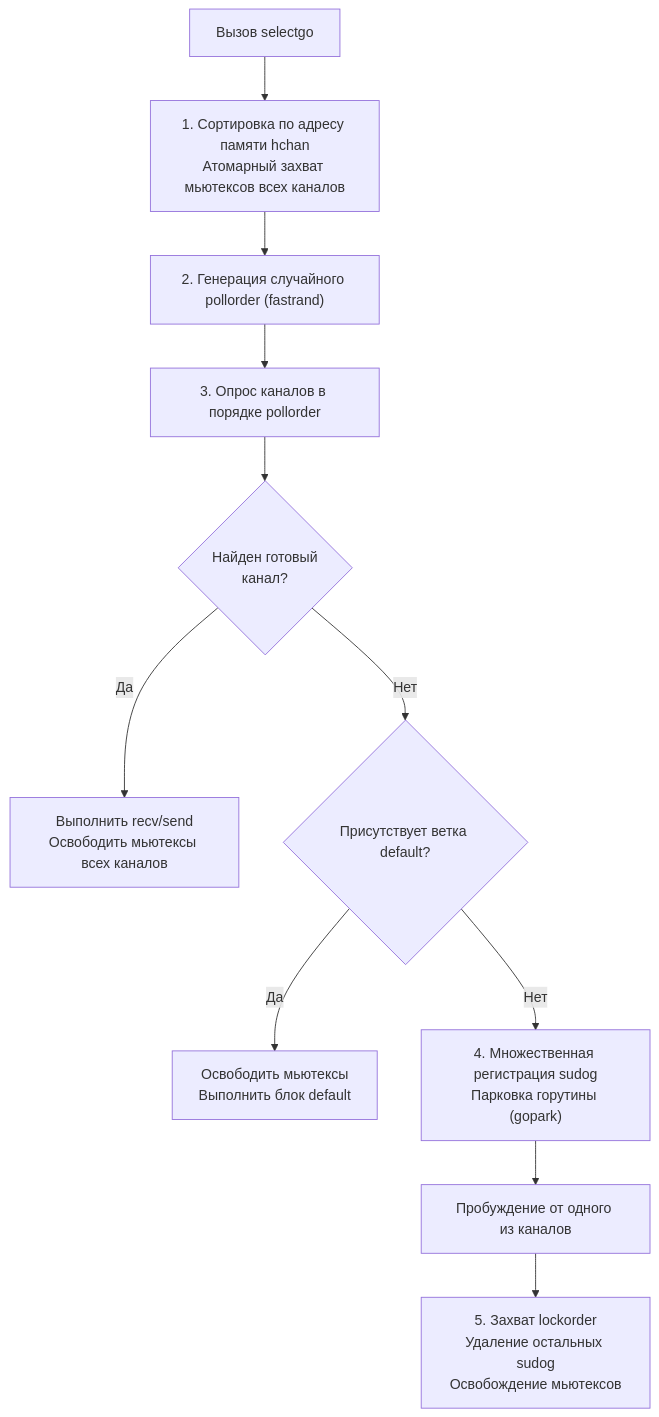
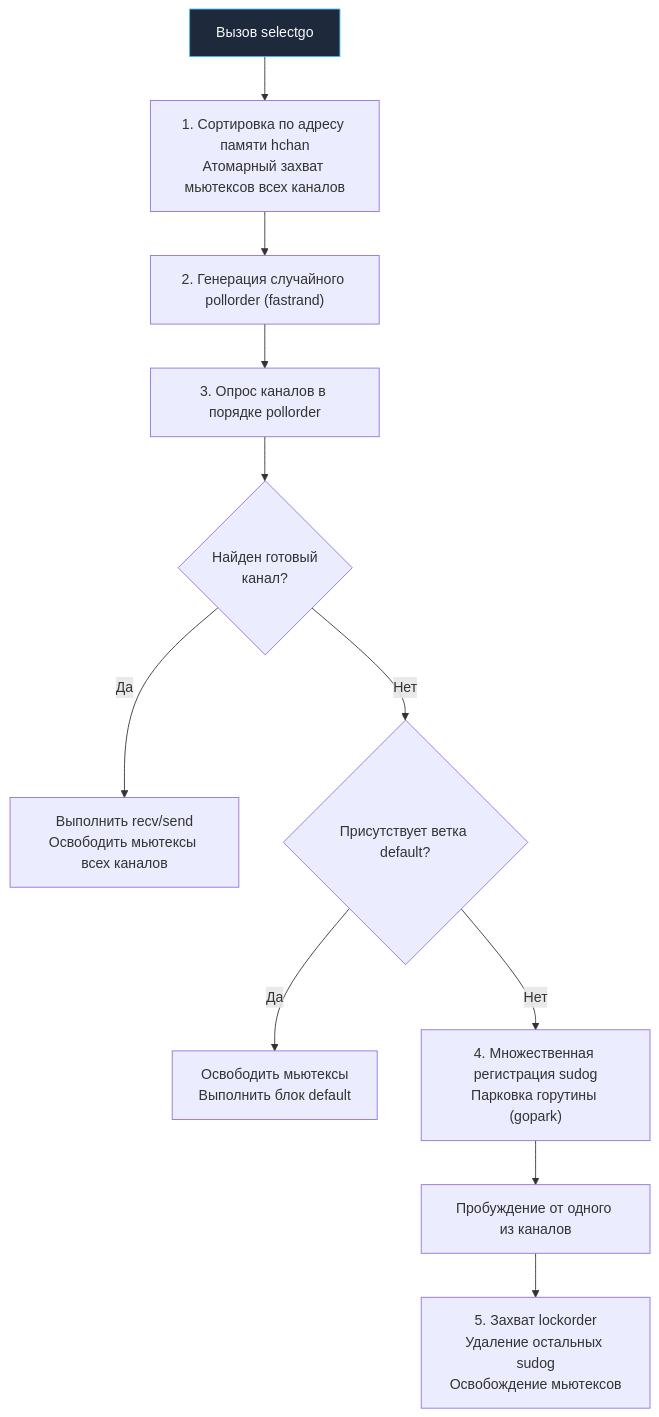
Before and after one commit to UnrealTemplier/go-textbook: the diagram in sources/7. Глубокий Go (Внутреннее устройство)/14. Select под капотом.md, drawn with Mermaid. The commit also changed 1666 other files, not shown here.

First line of the commit message:
feat(mermaid): add semantic color classDef to 1369 colorless flowchart/graph diagrams

````diff
--- a/sources/7. Глубокий Go (Внутреннее устройство)/14. Select под капотом.md
+++ b/sources/7. Глубокий Go (Внутреннее устройство)/14. Select под капотом.md
@@ -40,16 +40,26 @@
 ```mermaid
 flowchart TD
-    START["Вызов selectgo"] --> LOCK["1. Сортировка по адресу памяти hchan<br>Атомарный захват мьютексов всех каналов"]
+    classDef process  fill:#1e293b,stroke:#38bdf8,stroke-width:1px,color:#f8fafc
+    classDef success  fill:#064e3b,stroke:#34d399,stroke-width:1px,color:#f8fafc
+    classDef error    fill:#7f1d1d,stroke:#f87171,stroke-width:1px,color:#f8fafc
+    classDef warning  fill:#78350f,stroke:#fbbf24,stroke-width:1px,color:#f8fafc
+    classDef entry    fill:#1e3a5f,stroke:#38bdf8,stroke-width:2px,color:#f8fafc
+    classDef aux      fill:#334155,stroke:#64748b,stroke-width:1px,color:#f8fafc
+    classDef system   fill:#312e81,stroke:#a78bfa,stroke-width:1px,color:#f8fafc
+    classDef data     fill:#132d29,stroke:#2dd4bf,stroke-width:1px,color:#f8fafc
+    classDef network  fill:#881337,stroke:#fb7185,stroke-width:1px,color:#f8fafc
+    classDef accent   fill:#1e1b4b,stroke:#818cf8,stroke-width:1px,color:#f8fafc
+    START["Вызов selectgo"]:::process --> LOCK["1. Сортировка по адресу памяти hchan<br>Атомарный захват мьютексов всех каналов"]
     LOCK --> SHUFFLE["2. Генерация случайного pollorder (fastrand)"]
     SHUFFLE --> POLL["3. Опрос каналов в порядке pollorder"]
     
     POLL --> READY{"Найден готовый<br>канал?"}
     READY -->|"Да"| DO_OP["Выполнить recv/send<br>Освободить мьютексы всех каналов"]
     
     READY -->|"Нет"| HAS_DEF{"Присутствует ветка default?"}
     HAS_DEF -->|"Да"| DO_DEF["Освободить мьютексы<br>Выполнить блок default"]
     
     HAS_DEF -->|"Нет"| SLEEP["4. Множественная регистрация sudog<br>Парковка горутины (gopark)"]
     SLEEP --> WAKE["Пробуждение от одного из каналов"]
     WAKE --> CLEANUP["5. Захват lockorder<br>Удаление остальных sudog<br>Освобождение мьютексов"]
 ```
````
